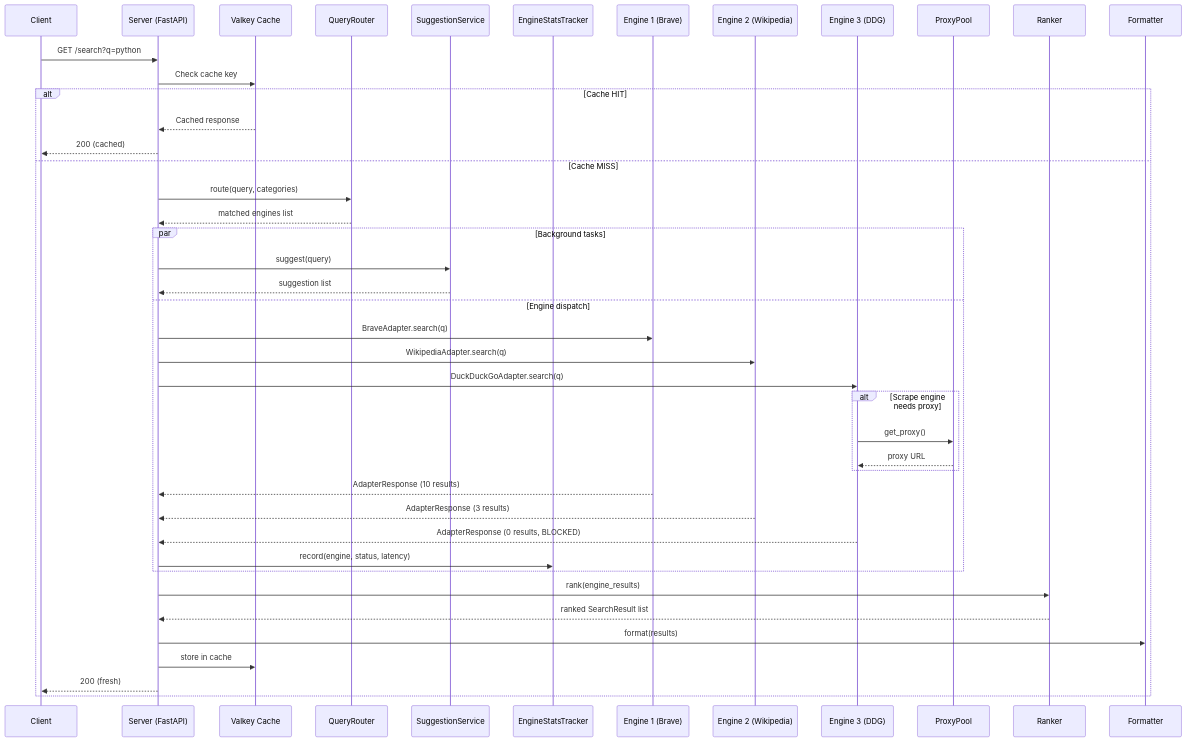
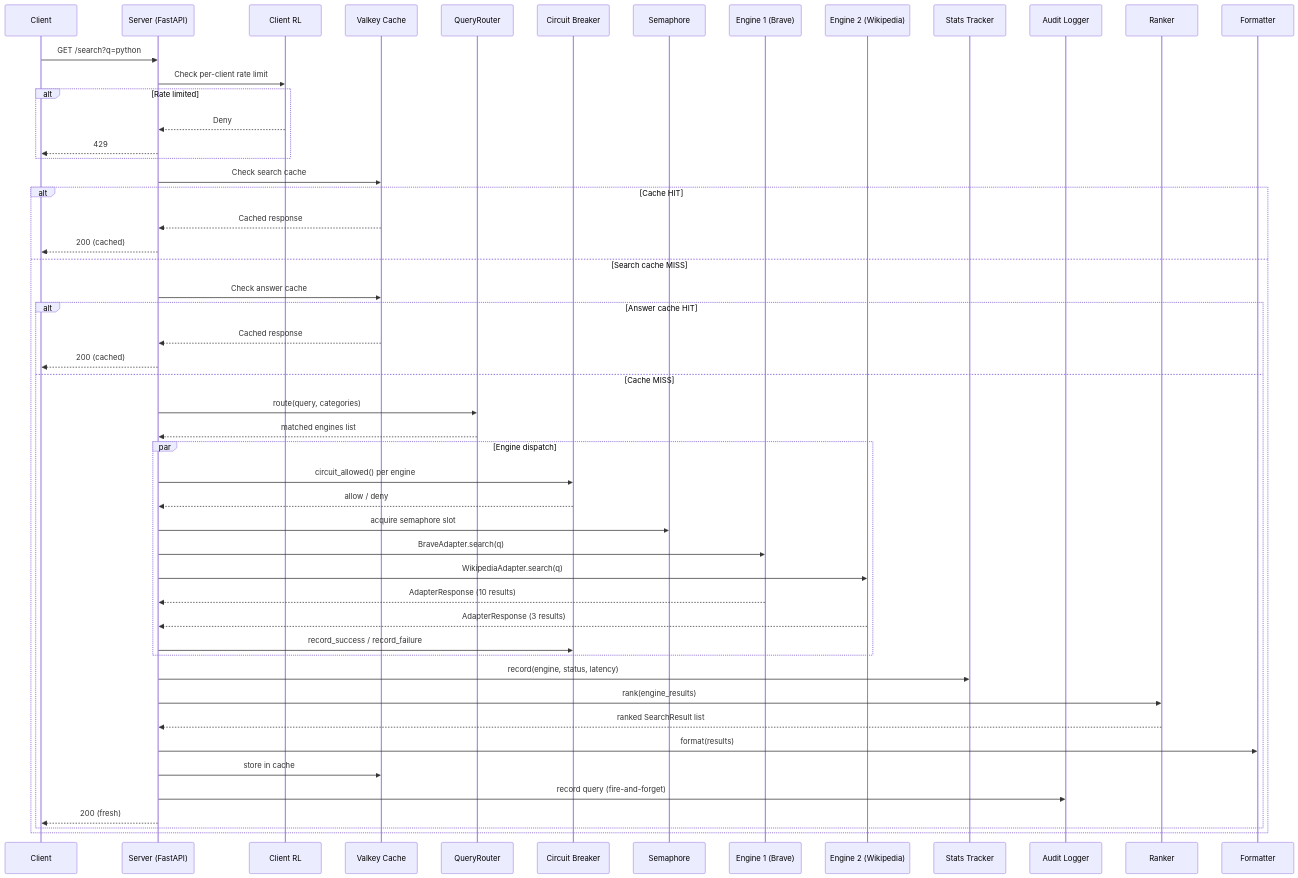
The second of 2 diagrams in droid-wiki/overview/architecture.md (magnus919/SlopSearX), drawn with Mermaid before and after one commit. The commit also changed other lines of this file and 12 other files, not shown here.

````diff
--- a/droid-wiki/overview/architecture.md
+++ b/droid-wiki/overview/architecture.md
@@ -25,46 +25,54 @@
 ```mermaid
 sequenceDiagram
     participant C as Client
     participant S as Server (FastAPI)
+    participant RL as Client RL
     participant CACHE as Valkey Cache
     participant QR as QueryRouter
-    participant SUGGEST as SuggestionService
-    participant STATS as EngineStatsTracker
+    participant CB as Circuit Breaker
+    participant SM as Semaphore
     participant E1 as Engine 1 (Brave)
     participant E2 as Engine 2 (Wikipedia)
-    participant E3 as Engine 3 (DDG)
-    participant PROXY as ProxyPool
+    participant STATS as Stats Tracker
+    participant AUDIT as Audit Logger
     participant R as Ranker
     participant F as Formatter
 
     C->>S: GET /search?q=python
-    S->>CACHE: Check cache key
+    S->>RL: Check per-client rate limit
+    alt Rate limited
+        RL-->>S: Deny
+        S-->>C: 429
+    end
+    S->>CACHE: Check search cache
     alt Cache HIT
         CACHE-->>S: Cached response
         S-->>C: 200 (cached)
-    else Cache MISS
-        S->>QR: route(query, categories)
-        QR-->>S: matched engines list
-        par Background tasks
-            S->>SUGGEST: suggest(query)
-            SUGGEST-->>S: suggestion list
-        and Engine dispatch
-            S->>E1: BraveAdapter.search(q)
-            S->>E2: WikipediaAdapter.search(q)
-            S->>E3: DuckDuckGoAdapter.search(q)
-            alt Scrape engine needs proxy
-                E3->>PROXY: get_proxy()
-                PROXY-->>E3: proxy URL
+    else Search cache MISS
+        S->>CACHE: Check answer cache
+        alt Answer cache HIT
+            CACHE-->>S: Cached response
+            S-->>C: 200 (cached)
+        else Cache MISS
+            S->>QR: route(query, categories)
+            QR-->>S: matched engines list
+            par Engine dispatch
+                S->>CB: circuit_allowed() per engine
+                CB-->>S: allow / deny
+                S->>SM: acquire semaphore slot
+                S->>E1: BraveAdapter.search(q)
+                S->>E2: WikipediaAdapter.search(q)
+                E1-->>S: AdapterResponse (10 results)
+                E2-->>S: AdapterResponse (3 results)
+                S->>CB: record_success / record_failure
             end
-            E1-->>S: AdapterResponse (10 results)
-            E2-->>S: AdapterResponse (3 results)
-            E3-->>S: AdapterResponse (0 results, BLOCKED)
             S->>STATS: record(engine, status, latency)
+            S->>R: rank(engine_results)
+            R-->>S: ranked SearchResult list
+            S->>F: format(results)
+            S->>CACHE: store in cache
+            S->>AUDIT: record query (fire-and-forget)
+            S-->>C: 200 (fresh)
         end
-        S->>R: rank(engine_results)
-        R-->>S: ranked SearchResult list
-        S->>F: format(results)
-        S->>CACHE: store in cache
-        S-->>C: 200 (fresh)
     end
 ```
````
